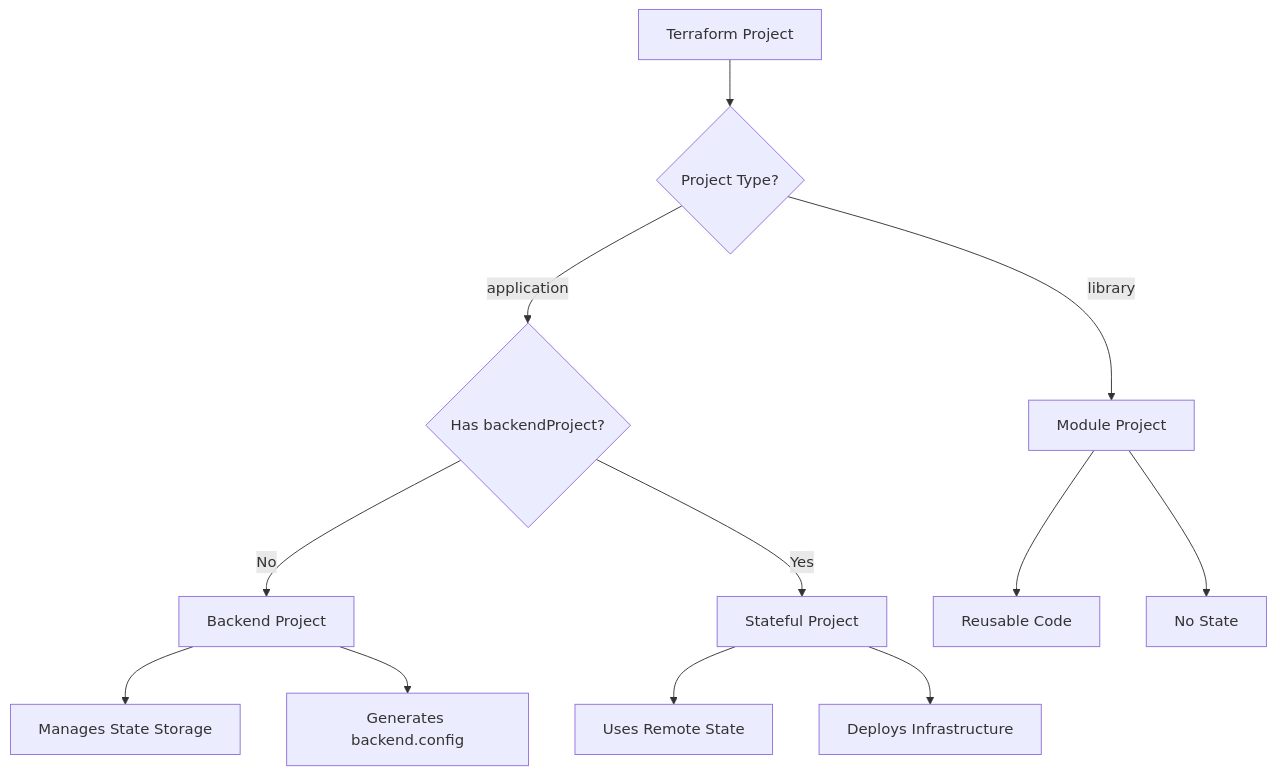
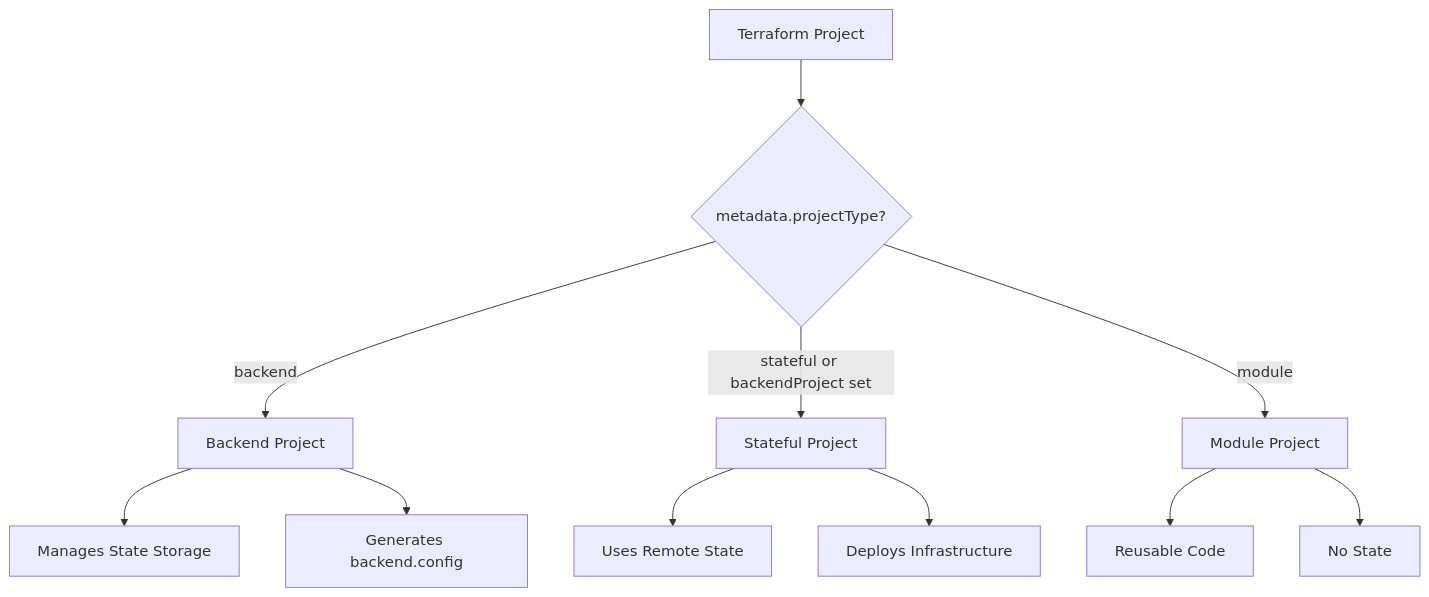
Before and after one commit to alexpialetski/nx-terraform: the diagram in packages/nx-terraform-docs/docs/guides/project-types.md, drawn with Mermaid. The commit also changed other lines of this file and 58 other files, not shown here.

````diff
--- a/packages/nx-terraform-docs/docs/guides/project-types.md
+++ b/packages/nx-terraform-docs/docs/guides/project-types.md
@@ -16,17 +18,16 @@
 ```mermaid
 graph TD
-    A[Terraform Project] --> B{Project Type?}
-    B -->|application| C{Has backendProject?}
-    B -->|library| D[Module Project]
-    C -->|No| E[Backend Project]
-    C -->|Yes| F[Stateful Project]
+    A[Terraform Project] --> B{metadata.projectType?}
+    B -->|backend| E[Backend Project]
+    B -->|stateful or backendProject set| F[Stateful Project]
+    B -->|module| D[Module Project]
     
     E --> E1[Manages State Storage]
     E --> E2[Generates backend.config]
     
     F --> F1[Uses Remote State]
     F --> F2[Deploys Infrastructure]
     
     D --> D1[Reusable Code]
     D --> D2[No State]
 ```
````
